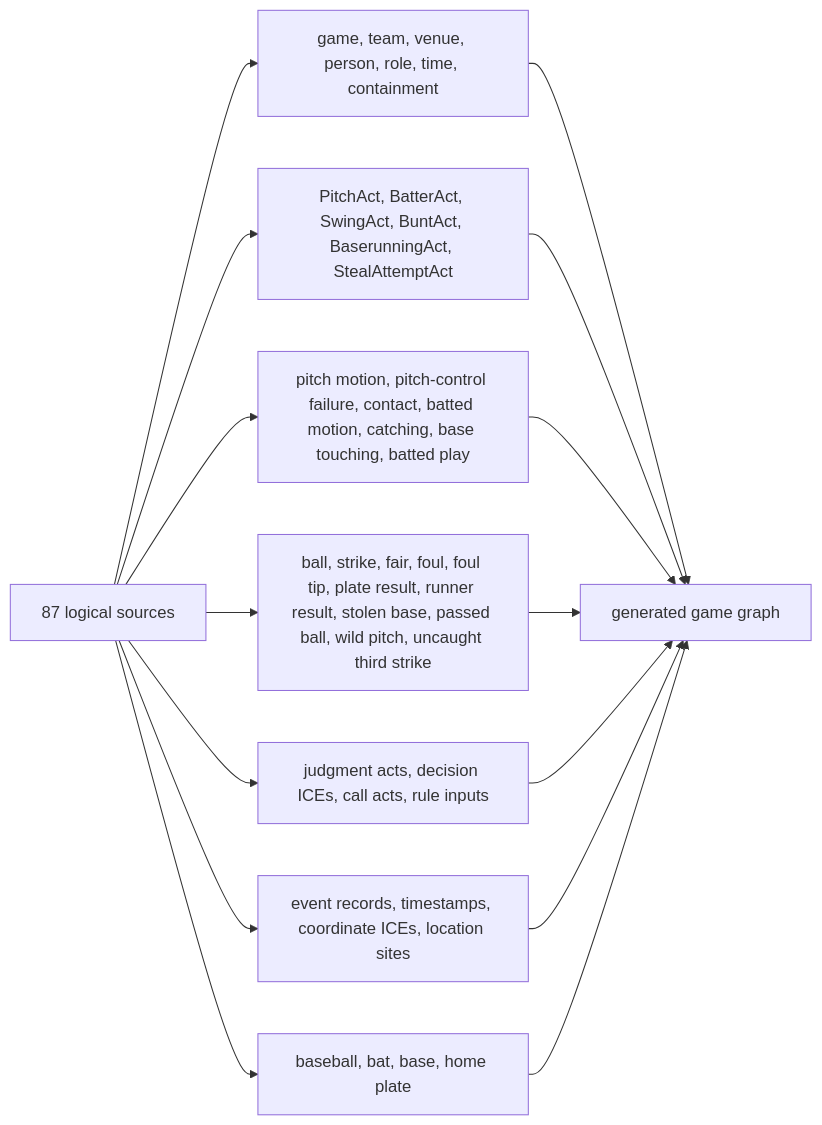
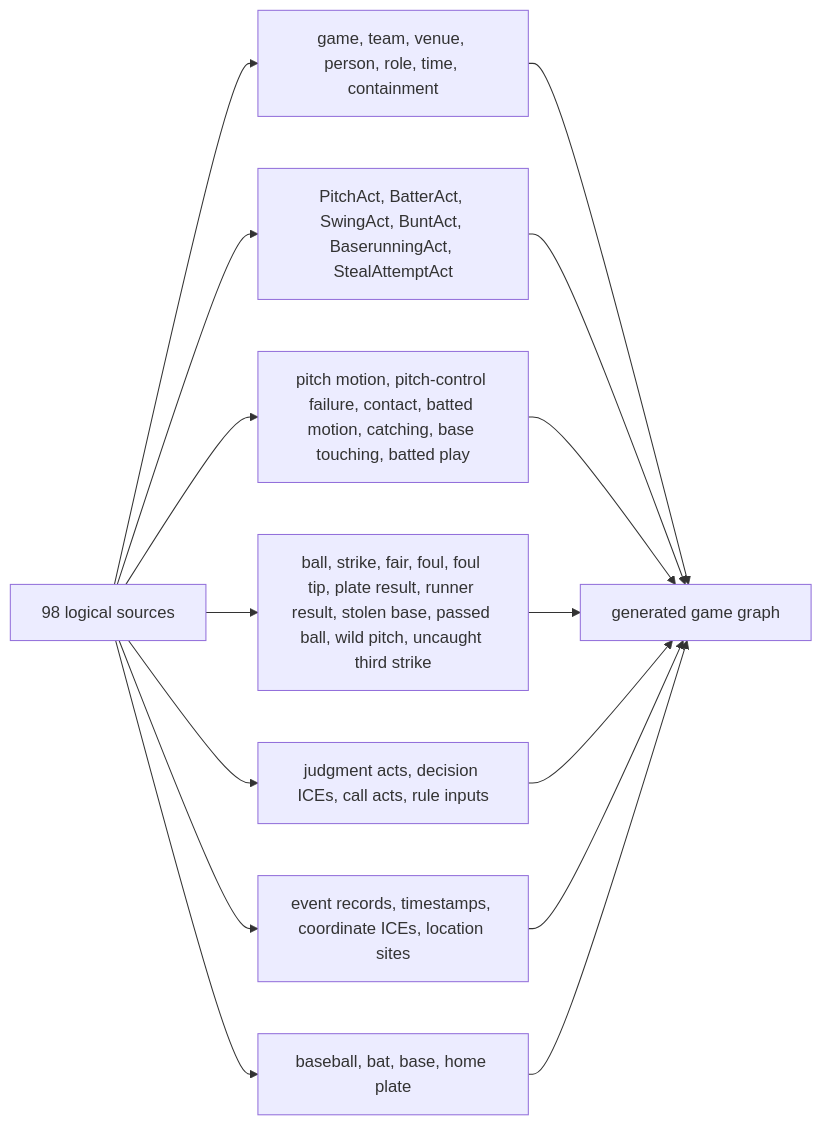
One commit to CarterBeauBenson/BaseballO changed the diagram in Baseball/mermaid/03-triples-map-families.md. Above: the diagram before and after it, drawn with Mermaid. The commit also changed other lines of this file and 45 other files, not shown here.

````diff
--- a/Baseball/mermaid/03-triples-map-families.md
+++ b/Baseball/mermaid/03-triples-map-families.md
@@ -3,17 +3,17 @@
 ```mermaid
 flowchart LR
-    SOURCE["87 logical sources"] --> CONTEXT["game, team, venue, person, role, time, containment"]
+    SOURCE["98 logical sources"] --> CONTEXT["game, team, venue, person, role, time, containment"]
     SOURCE --> ACT["PitchAct, BatterAct, SwingAct, BuntAct, BaserunningAct, StealAttemptAct"]
     SOURCE --> PHYSICAL["pitch motion, pitch-control failure, contact, batted motion, catching, base touching, batted play"]
     SOURCE --> INSTITUTIONAL["ball, strike, fair, foul, foul tip, plate result, runner result, stolen base, passed ball, wild pitch, uncaught third strike"]
     SOURCE --> ADJ["judgment acts, decision ICEs, call acts, rule inputs"]
     SOURCE --> INFO["event records, timestamps, coordinate ICEs, location sites"]
     SOURCE --> ARTIFACT["baseball, bat, base, home plate"]
     CONTEXT --> RDF["generated game graph"]
     ACT --> RDF
     PHYSICAL --> RDF
     INSTITUTIONAL --> RDF
     ADJ --> RDF
     INFO --> RDF
     ARTIFACT --> RDF
 ```
````
